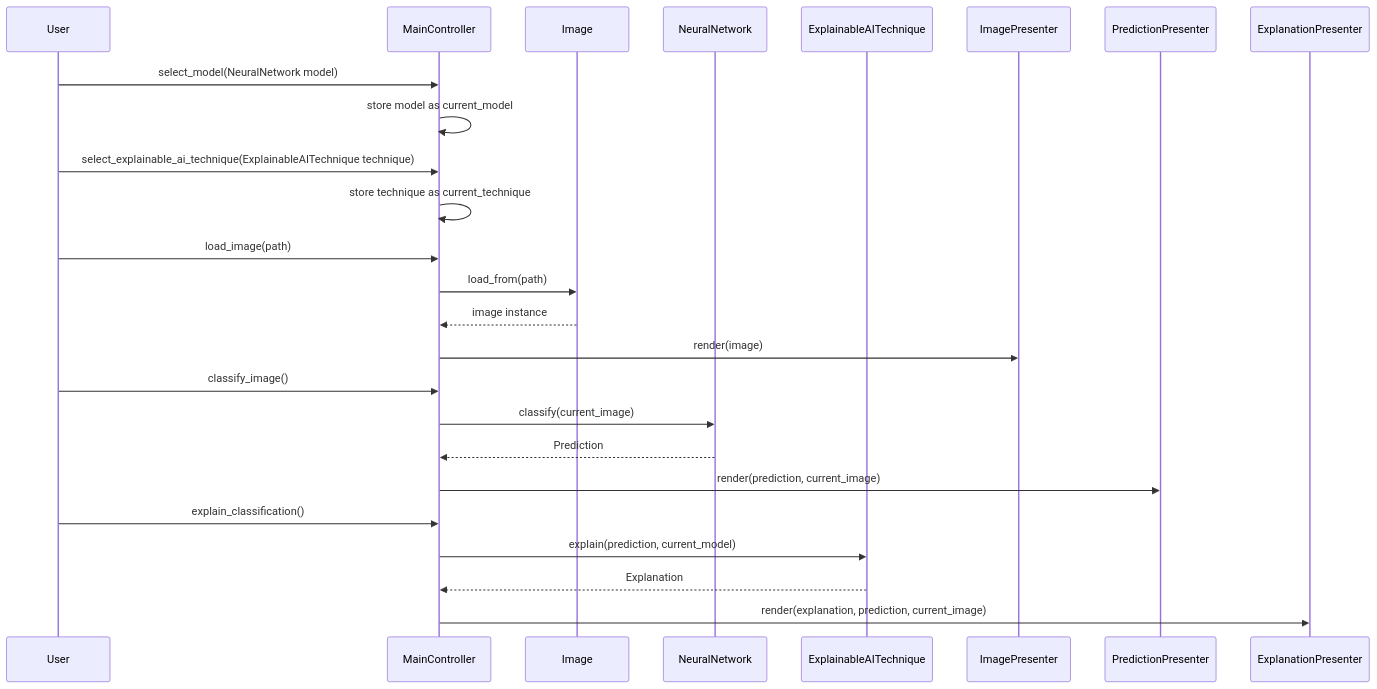
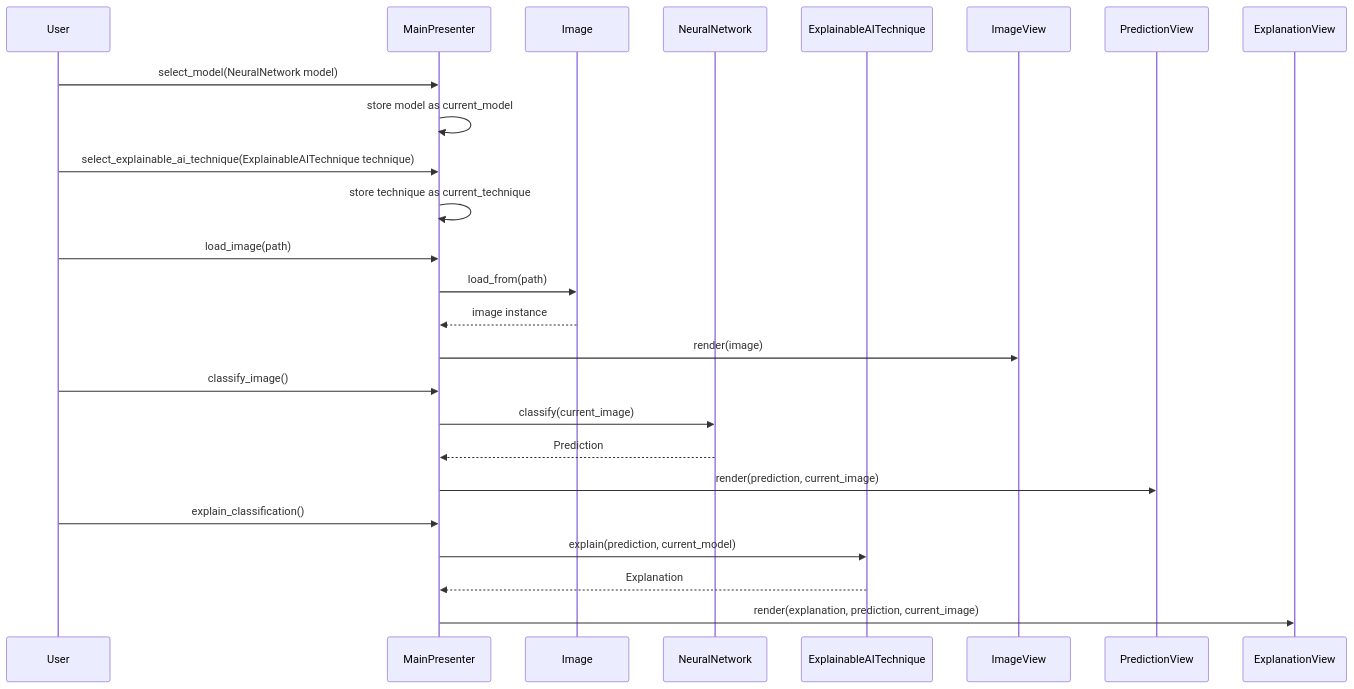
One commit to GermainGirndt/visual-explanaible-ai changed the third of 3 diagrams in documentation/01_static_and_dynamic_models.md. Above: the diagram before and after it, drawn with Mermaid. The commit also changed other lines of this file, not shown here.

Commit message:
Changed architecture to MVP

````diff
--- a/documentation/01_static_and_dynamic_models.md
+++ b/documentation/01_static_and_dynamic_models.md
@@ -199,33 +211,33 @@
 ```mermaid
 
 sequenceDiagram
     participant User
-    participant MainController
+    participant MainPresenter
     participant Image
     participant NeuralNetwork
     participant ExplainableAITechnique
-    participant ImagePresenter
-    participant PredictionPresenter
-    participant ExplanationPresenter
+    participant ImageView
+    participant PredictionView
+    participant ExplanationView
 
-    User->>MainController: select_model(NeuralNetwork model)
-    MainController->>MainController: store model as current_model
+    User->>MainPresenter: select_model(NeuralNetwork model)
+    MainPresenter->>MainPresenter: store model as current_model
 
-    User->>MainController: select_explainable_ai_technique(ExplainableAITechnique technique)
-    MainController->>MainController: store technique as current_technique
+    User->>MainPresenter: select_explainable_ai_technique(ExplainableAITechnique technique)
+    MainPresenter->>MainPresenter: store technique as current_technique
 
-    User->>MainController: load_image(path)
-    MainController->>Image: load_from(path)
-    Image-->>MainController: image instance
-    MainController->>ImagePresenter: render(image)
+    User->>MainPresenter: load_image(path)
+    MainPresenter->>Image: load_from(path)
+    Image-->>MainPresenter: image instance
+    MainPresenter->>ImageView: render(image)
 
-    User->>MainController: classify_image()
-    MainController->>NeuralNetwork: classify(current_image)
-    NeuralNetwork-->>MainController: Prediction
-    MainController->>PredictionPresenter: render(prediction, current_image)
+    User->>MainPresenter: classify_image()
+    MainPresenter->>NeuralNetwork: classify(current_image)
+    NeuralNetwork-->>MainPresenter: Prediction
+    MainPresenter->>PredictionView: render(prediction, current_image)
 
-    User->>MainController: explain_classification()
-    MainController->>ExplainableAITechnique: explain(prediction, current_model)
-    ExplainableAITechnique-->>MainController: Explanation
-    MainController->>ExplanationPresenter: render(explanation, prediction, current_image)
+    User->>MainPresenter: explain_classification()
+    MainPresenter->>ExplainableAITechnique: explain(prediction, current_model)
+    ExplainableAITechnique-->>MainPresenter: Explanation
+    MainPresenter->>ExplanationView: render(explanation, prediction, current_image)
 ```
````
